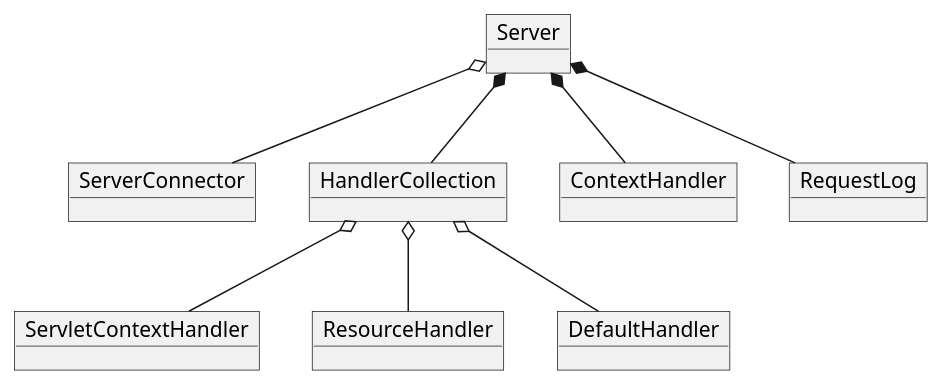
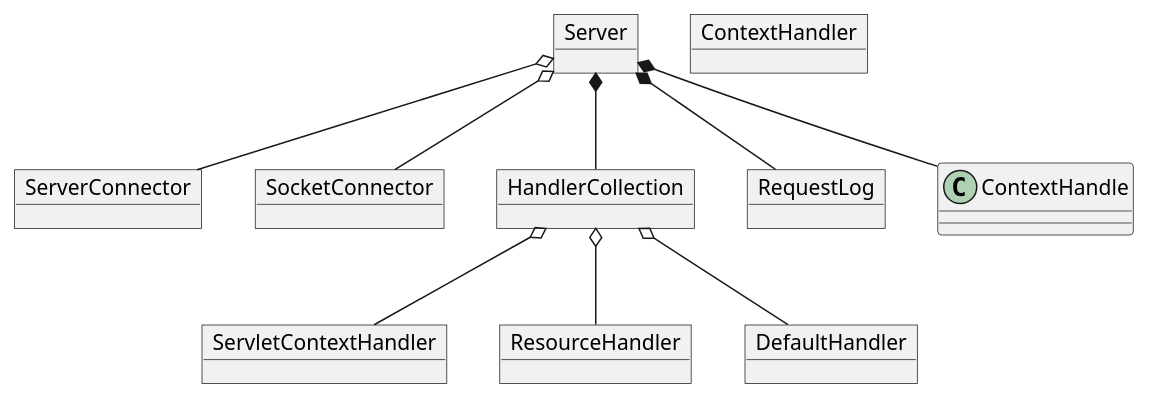
Before and after one commit to Mark-Kovalyov/JettyShare: the diagram in jetty-media-share/docs/jetty-model.puml, drawn with PlantUML. The commit also changed 3 other files, not shown here.

```diff
--- a/jetty-media-share/docs/jetty-model.puml
+++ b/jetty-media-share/docs/jetty-model.puml
@@ -1,19 +1,21 @@
 @startuml
 object Server
 object ServerConnector
+object SocketConnector
 object ServletContextHandler
 object ResourceHandler
 object HandlerCollection
 object DefaultHandler
 object ContextHandler
 object RequestLog
 
-Server *-- ContextHandler
+Server *-- ContextHandle
+Server o-- SocketConnector
 Server o-- ServerConnector
 Server *-- HandlerCollection
 Server *-- RequestLog
 HandlerCollection o-- ResourceHandler
 HandlerCollection o-- ServletContextHandler
 HandlerCollection o-- DefaultHandler
 
 @enduml
```
